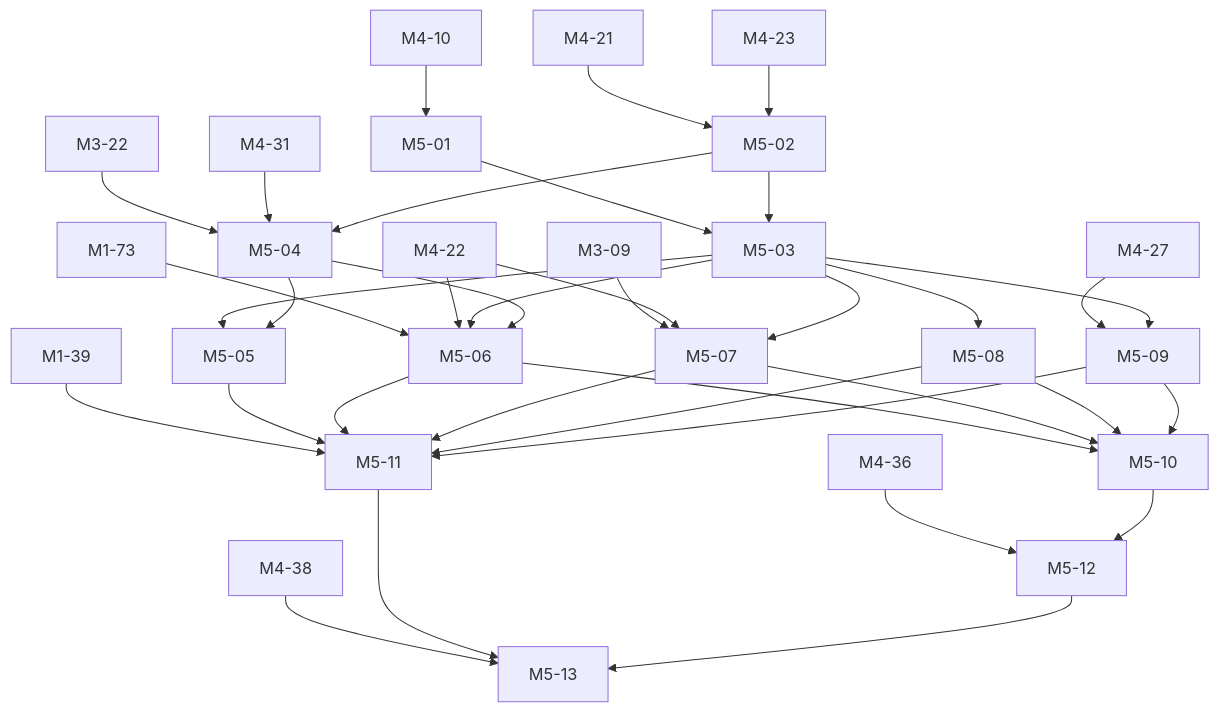
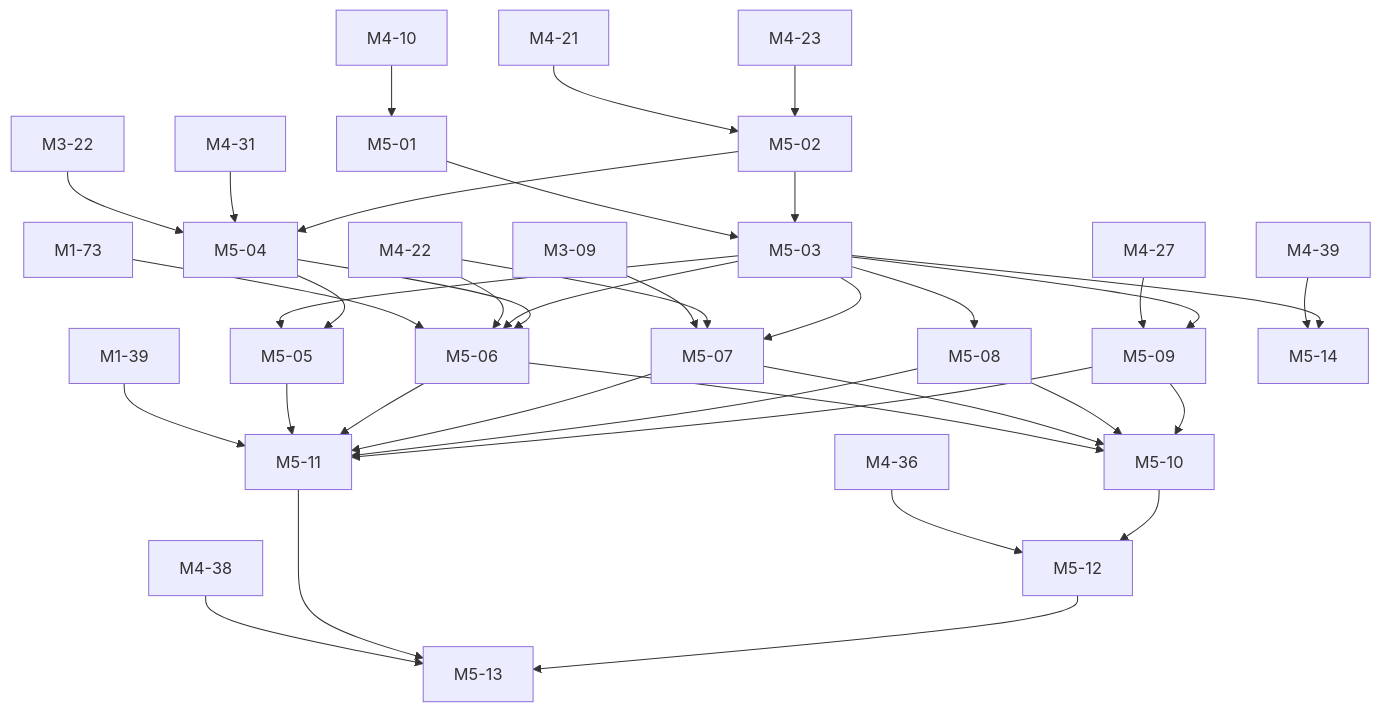
Before and after one commit to mguttmann/bothy: the fifth of 8 diagrams in docs/briefs/README.md, drawn with Mermaid. The commit also changed other lines of this file and 16 other files, not shown here.

First line of the commit message:
docs(spec): run graph and control room design with tickets M2-51, M4-39, M5-14 (#343)

````diff
--- a/docs/briefs/README.md
+++ b/docs/briefs/README.md
@@ -1032,63 +1044,67 @@
 ```mermaid
 flowchart TB
   M1_39["M1-39"]
   M1_73["M1-73"]
   M3_09["M3-09"]
   M3_22["M3-22"]
   M4_10["M4-10"]
   M4_21["M4-21"]
   M4_22["M4-22"]
   M4_23["M4-23"]
   M4_27["M4-27"]
   M4_31["M4-31"]
   M4_36["M4-36"]
   M4_38["M4-38"]
+  M4_39["M4-39"]
   M5_01["M5-01"]
   M5_02["M5-02"]
   M5_03["M5-03"]
   M5_04["M5-04"]
   M5_05["M5-05"]
   M5_06["M5-06"]
   M5_07["M5-07"]
   M5_08["M5-08"]
   M5_09["M5-09"]
   M5_10["M5-10"]
   M5_11["M5-11"]
   M5_12["M5-12"]
   M5_13["M5-13"]
+  M5_14["M5-14"]
   M4_10 --> M5_01
   M4_21 --> M5_02
   M4_23 --> M5_02
   M5_01 --> M5_03
   M5_02 --> M5_03
   M3_22 --> M5_04
   M4_31 --> M5_04
   M5_02 --> M5_04
   M5_03 --> M5_05
   M5_04 --> M5_05
   M1_73 --> M5_06
   M4_22 --> M5_06
   M5_03 --> M5_06
   M5_04 --> M5_06
   M3_09 --> M5_07
   M4_22 --> M5_07
   M5_03 --> M5_07
   M5_03 --> M5_08
   M4_27 --> M5_09
   M5_03 --> M5_09
   M5_06 --> M5_10
   M5_07 --> M5_10
   M5_08 --> M5_10
   M5_09 --> M5_10
   M1_39 --> M5_11
   M5_05 --> M5_11
   M5_06 --> M5_11
   M5_07 --> M5_11
   M5_08 --> M5_11
   M5_09 --> M5_11
   M4_36 --> M5_12
   M5_10 --> M5_12
   M4_38 --> M5_13
   M5_11 --> M5_13
   M5_12 --> M5_13
+  M4_39 --> M5_14
+  M5_03 --> M5_14
 ```
````
